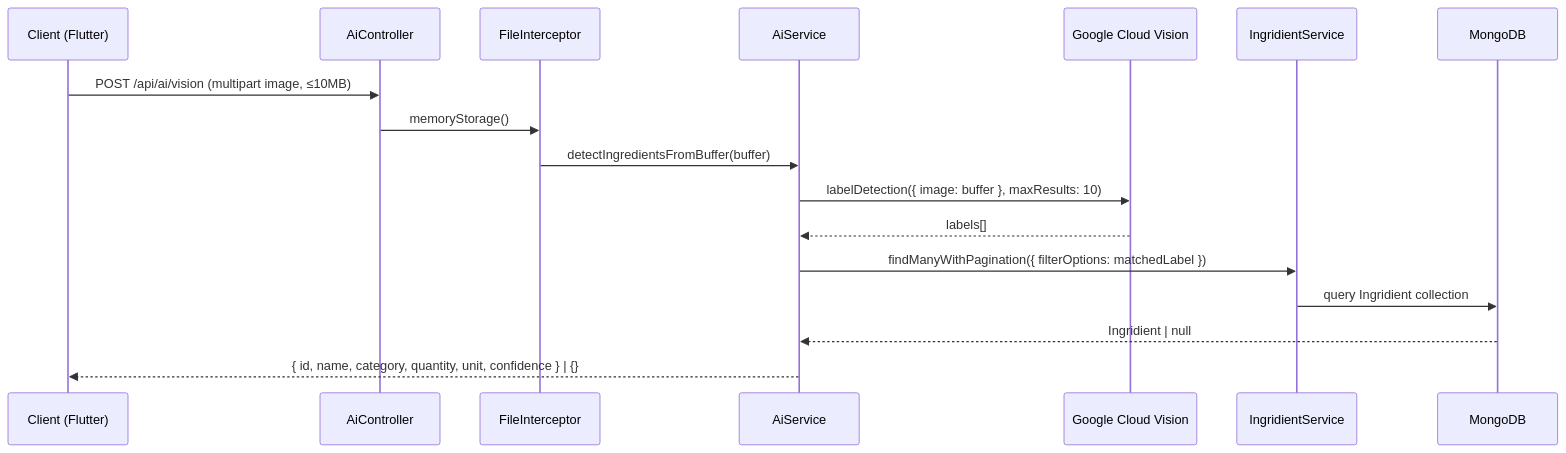
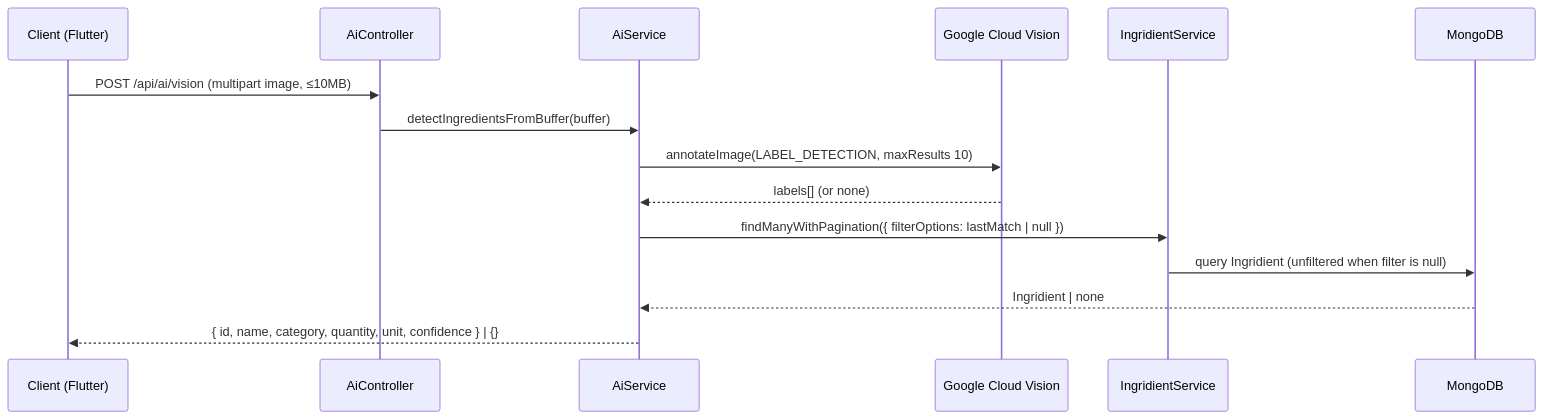
The diagram in backend/src/ai/README.md (blitzy-public-samples/pantry-chef-traditional), drawn with Mermaid before and after one commit. The commit also changed other lines of this file and 18 other files, not shown here.

````diff
--- a/backend/src/ai/README.md
+++ b/backend/src/ai/README.md
@@ -56,19 +56,17 @@
 ```mermaid
 sequenceDiagram
     participant C as Client (Flutter)
     participant AC as AiController
-    participant FI as FileInterceptor
     participant AS as AiService
     participant GCV as Google Cloud Vision
     participant IS as IngridientService
     participant DB as MongoDB
     C->>AC: POST /api/ai/vision (multipart image, ≤10MB)
-    AC->>FI: memoryStorage()
-    FI->>AS: detectIngredientsFromBuffer(buffer)
-    AS->>GCV: labelDetection({ image: buffer }, maxResults: 10)
-    GCV-->>AS: labels[]
-    AS->>IS: findManyWithPagination({ filterOptions: matchedLabel })
-    IS->>DB: query Ingridient collection
-    DB-->>AS: Ingridient | null
+    AC->>AS: detectIngredientsFromBuffer(buffer)
+    AS->>GCV: annotateImage(LABEL_DETECTION, maxResults 10)
+    GCV-->>AS: labels[] (or none)
+    AS->>IS: findManyWithPagination({ filterOptions: lastMatch | null })
+    IS->>DB: query Ingridient (unfiltered when filter is null)
+    DB-->>AS: Ingridient | none
     AS-->>C: { id, name, category, quantity, unit, confidence } | {}
 ```
````
